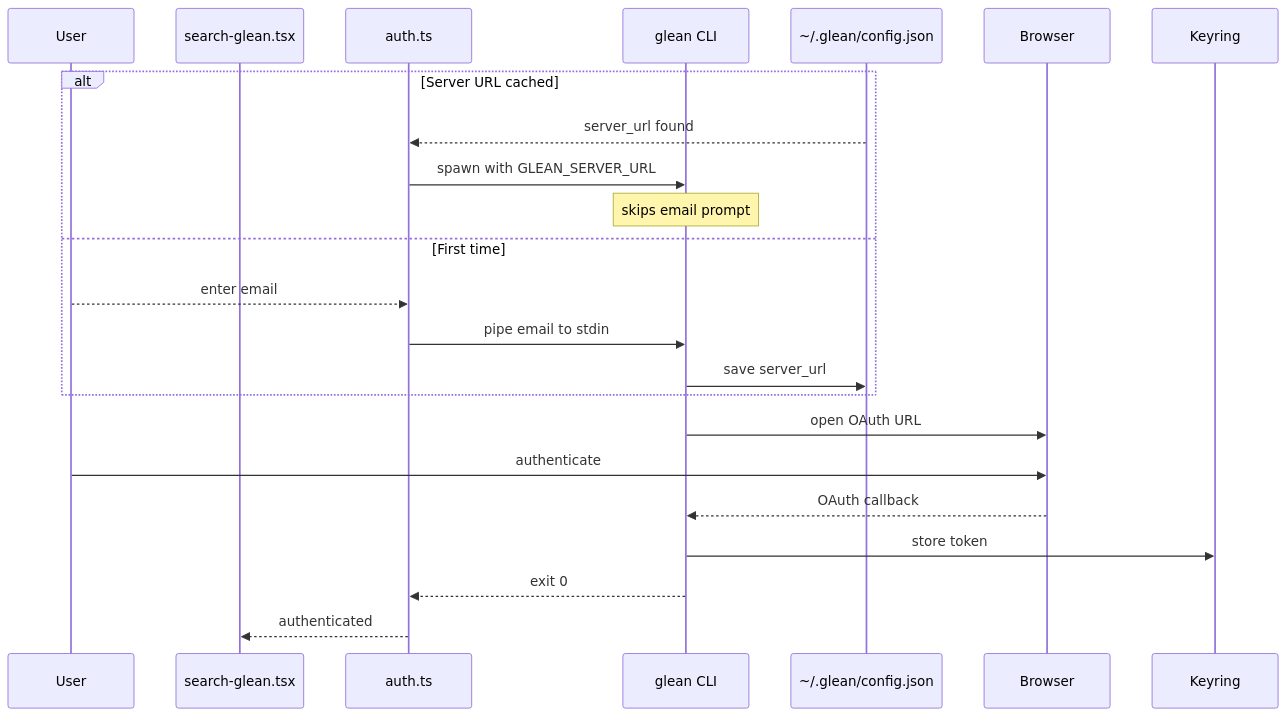
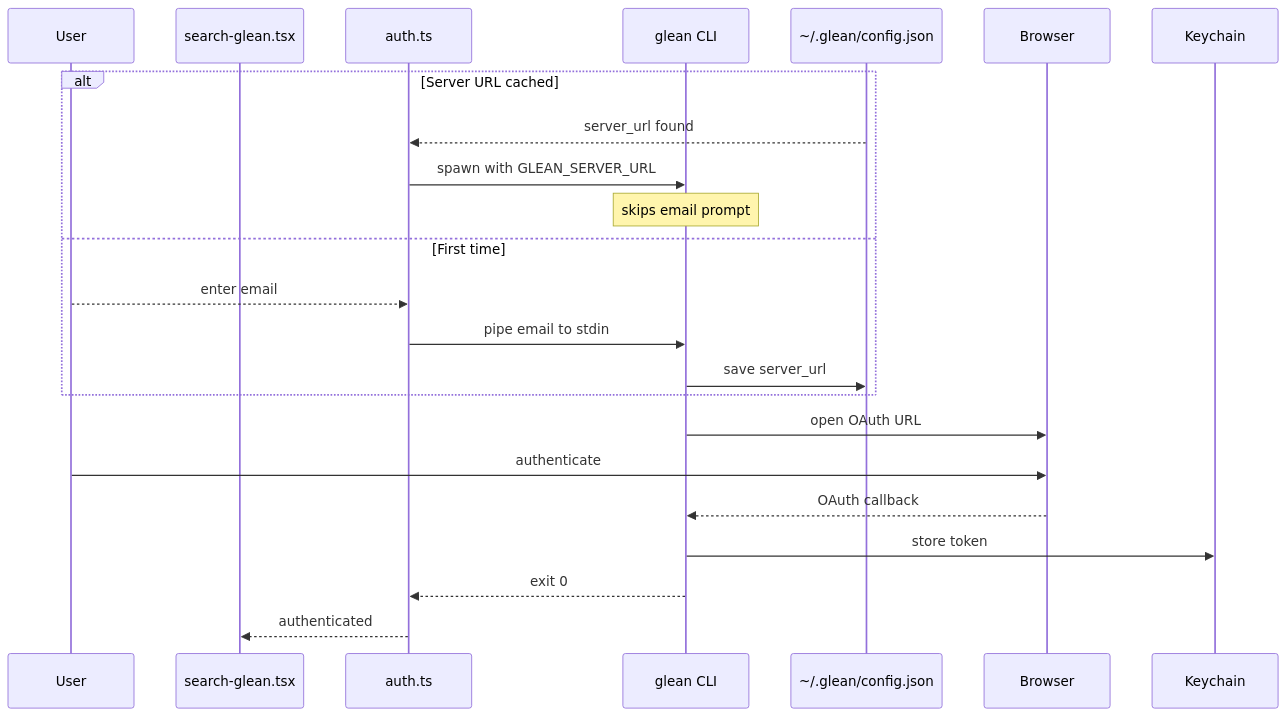
Before and after one commit to faizhasim/glean-search: the seventh of 7 diagrams in docs/reference/architecture.md, drawn with Mermaid. The commit also changed other lines of this file and 47 other files, not shown here.

First line of the commit message:
docs: nord theme, C4 architecture, grid cards, dash fixes

````diff
--- a/docs/reference/architecture.md
+++ b/docs/reference/architecture.md
@@ -140,27 +210,27 @@
 ```mermaid
 sequenceDiagram
     participant User
     participant UI as search-glean.tsx
     participant Auth as auth.ts
     participant CLI as glean CLI
     participant Config as ~/.glean/config.json
     participant Browser
-    participant Keyring
+    participant Keychain
 
     alt Server URL cached
         Config-->>Auth: server_url found
         Auth->>CLI: spawn with GLEAN_SERVER_URL
         Note over CLI: skips email prompt
     else First time
         User-->>Auth: enter email
         Auth->>CLI: pipe email to stdin
         CLI->>Config: save server_url
     end
 
     CLI->>Browser: open OAuth URL
     User->>Browser: authenticate
     Browser-->>CLI: OAuth callback
-    CLI->>Keyring: store token
+    CLI->>Keychain: store token
     CLI-->>Auth: exit 0
     Auth-->>UI: authenticated
 ```
````
